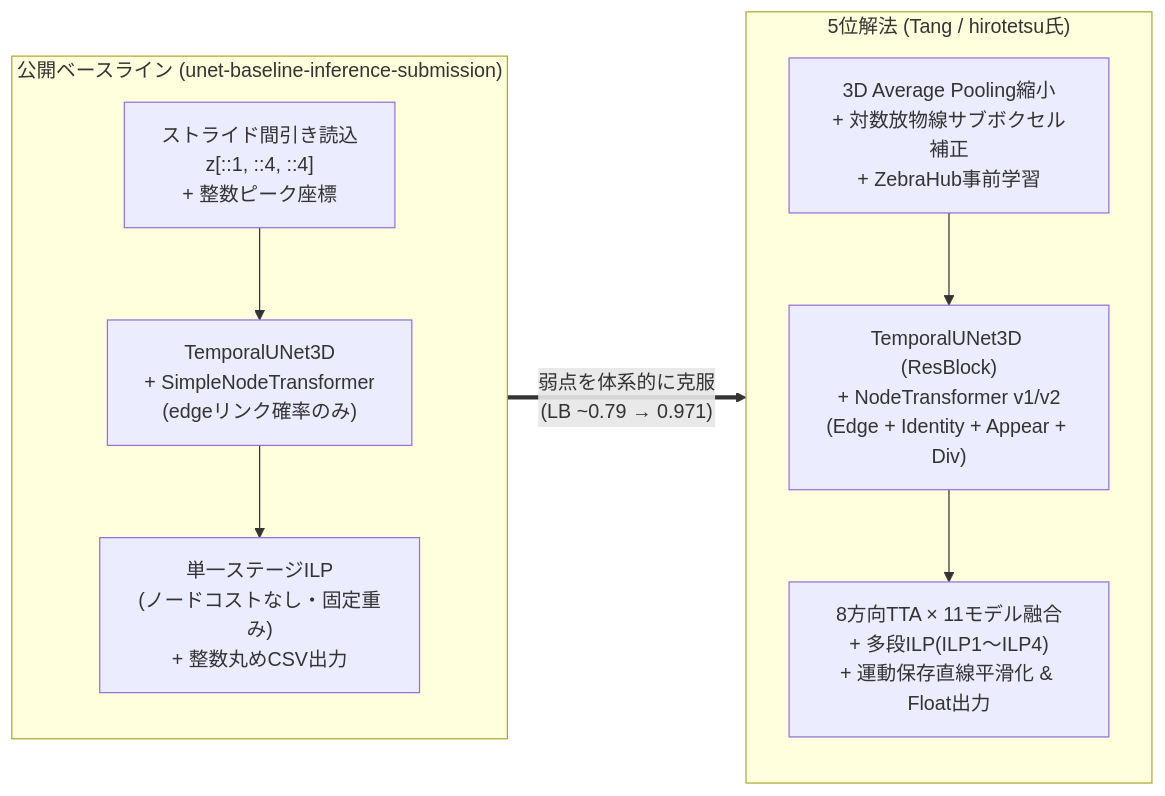
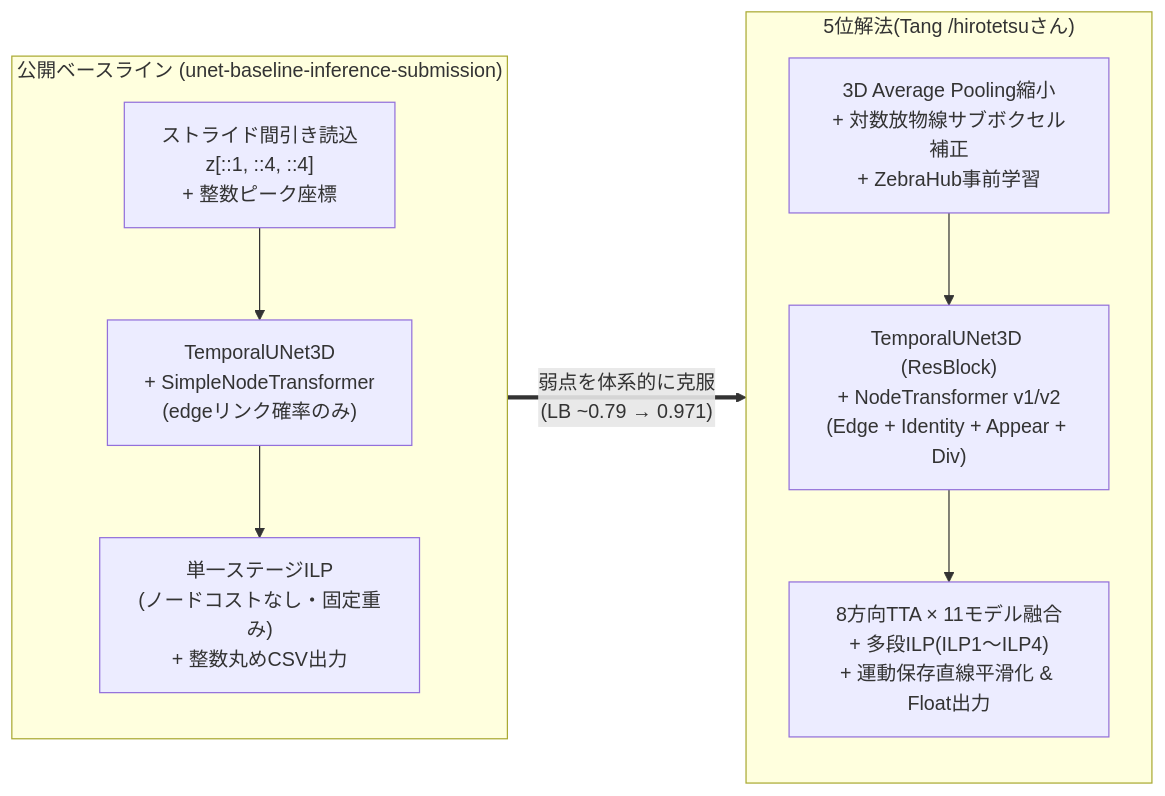
One commit to kito2718/kgle_001_BCT_Episode changed the first of 6 diagrams in episode/Summary&Conclusion/5th-place-summary.md. Above: the diagram before and after it, drawn with Mermaid. The commit also changed other lines of this file, not shown here.

````diff
--- a/episode/Summary&Conclusion/5th-place-summary.md
+++ b/episode/Summary&Conclusion/5th-place-summary.md
@@ -19,14 +19,14 @@
 ```mermaid
 flowchart LR
     subgraph Baseline["公開ベースライン (unet-baseline-inference-submission)"]
         B1["ストライド間引き読込<br/>z[::1, ::4, ::4]<br/>+ 整数ピーク座標"] --> B2["TemporalUNet3D<br/>+ SimpleNodeTransformer<br/>(edgeリンク確率のみ)"]
         B2 --> B3["単一ステージILP<br/>(ノードコストなし・固定重み)<br/>+ 整数丸めCSV出力"]
     end
 
-    subgraph Fifth["5位解法 (Tang / hirotetsu氏)"]
+    subgraph Fifth["5位解法(Tang /hirotetsuさん)"]
         F1["3D Average Pooling縮小<br/>+ 対数放物線サブボクセル補正<br/>+ ZebraHub事前学習"] --> F2["TemporalUNet3D (ResBlock)<br/>+ NodeTransformer v1/v2<br/>(Edge + Identity + Appear + Div)"]
         F2 --> F3["8方向TTA × 11モデル融合<br/>+ 多段ILP(ILP1〜ILP4)<br/>+ 運動保存直線平滑化 & Float出力"]
     end
 
     Baseline ==>|"弱点を体系的に克服<br/>(LB ~0.79 → 0.971)"| Fifth
 ```
````
